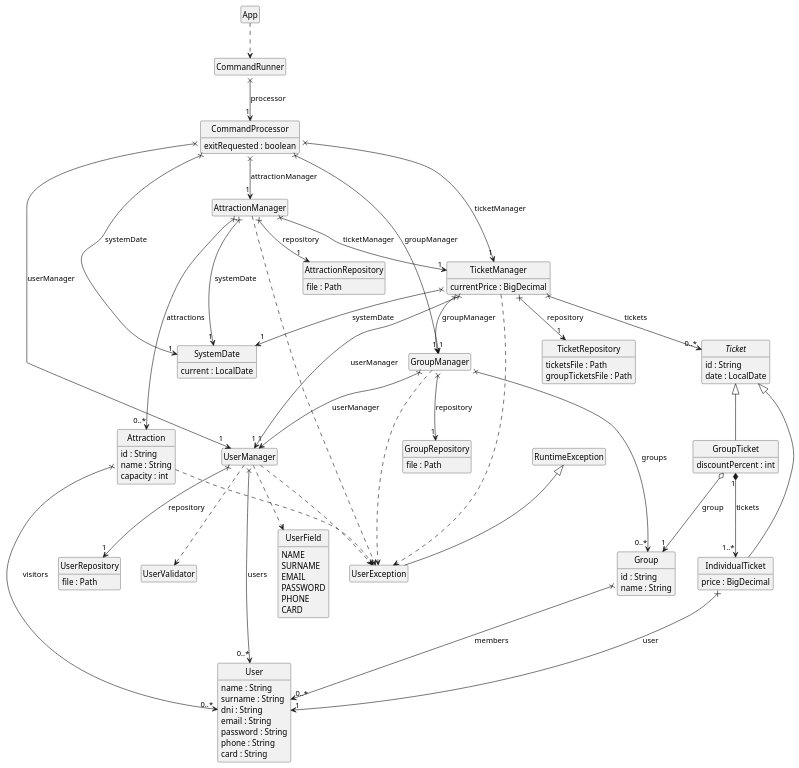
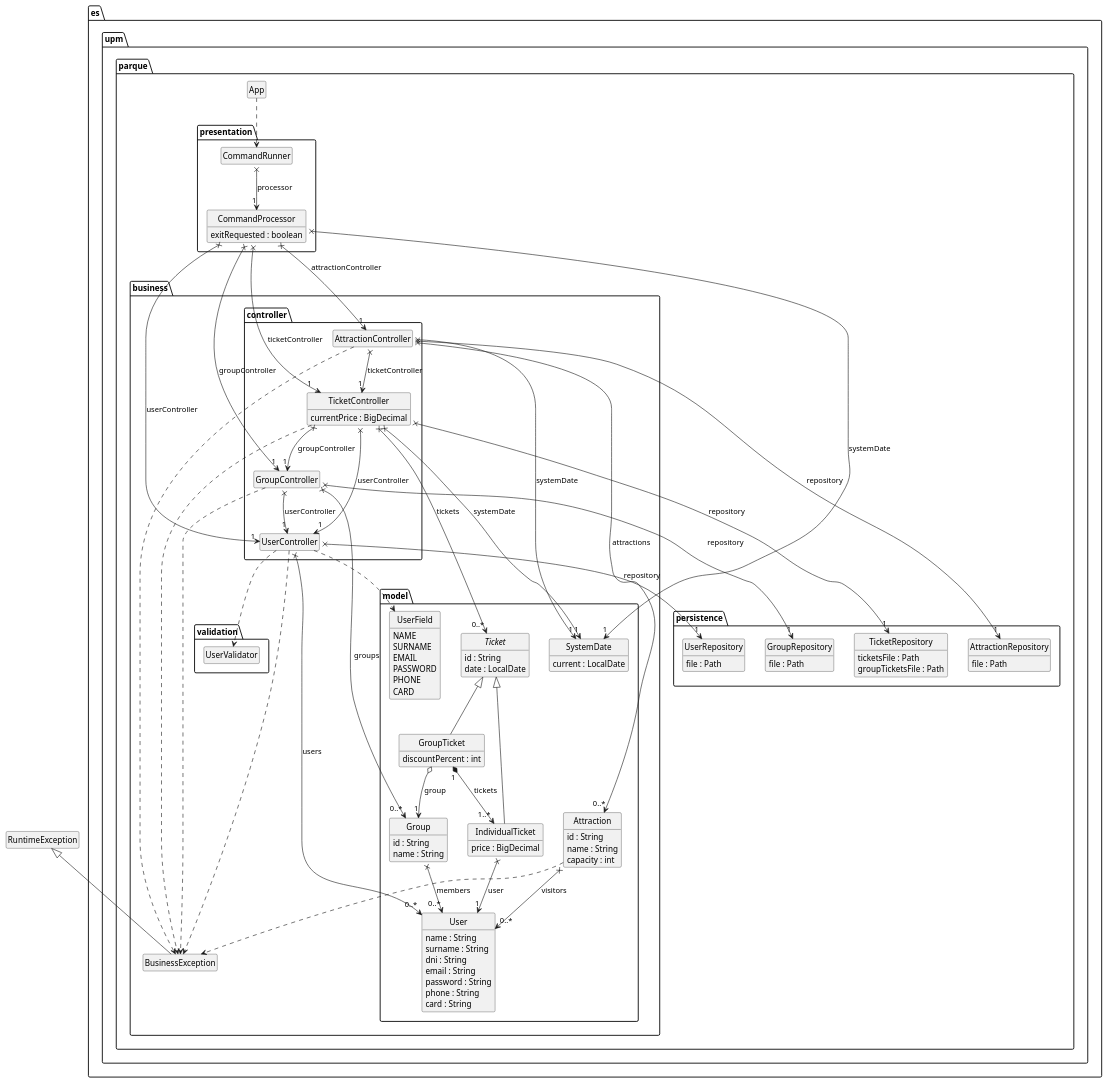
One commit to skai-upm/caise27 changed the diagram in uml/model.puml. Above: the diagram before and after it, drawn with PlantUML. The commit also changed 84 other files, not shown here.

```diff
--- a/uml/model.puml
+++ b/uml/model.puml
@@ -1,139 +1,139 @@
 @startuml model
-' Amusement park - class model of the current implementation (package es.upm.parque)
+' Amusement park - class model of the current implementation (layered packages)
 hide empty members
 hide circle
 skinparam classAttributeIconSize 0
 
-class App
-
-class CommandRunner
-
-class CommandProcessor {
-  exitRequested : boolean
+package es.upm.parque {
+  class App
 }
 
-class SystemDate {
-  current : LocalDate
+package es.upm.parque.presentation {
+  class CommandRunner
+  class CommandProcessor {
+    exitRequested : boolean
+  }
 }
 
-class UserManager
-
-class UserRepository {
-  file : Path
+package es.upm.parque.business {
+  class BusinessException
 }
 
-class UserValidator
-
-class UserException
-
-class User {
-  name : String
-  surname : String
-  dni : String
-  email : String
-  password : String
-  phone : String
-  card : String
+package es.upm.parque.business.controller {
+  class UserController
+  class GroupController
+  class TicketController {
+    currentPrice : BigDecimal
+  }
+  class AttractionController
 }
 
-enum UserField {
-  NAME
-  SURNAME
-  EMAIL
-  PASSWORD
-  PHONE
-  CARD
+package es.upm.parque.business.validation {
+  class UserValidator
 }
 
-class GroupManager
-
-class GroupRepository {
-  file : Path
+package es.upm.parque.business.model {
+  class SystemDate {
+    current : LocalDate
+  }
+  class User {
+    name : String
+    surname : String
+    dni : String
+    email : String
+    password : String
+    phone : String
+    card : String
+  }
+  enum UserField {
+    NAME
+    SURNAME
+    EMAIL
+    PASSWORD
+    PHONE
+    CARD
+  }
+  class Group {
+    id : String
+    name : String
+  }
+  abstract class Ticket {
+    id : String
+    date : LocalDate
+  }
+  class IndividualTicket {
+    price : BigDecimal
+  }
+  class GroupTicket {
+    discountPercent : int
+  }
+  class Attraction {
+    id : String
+    name : String
+    capacity : int
+  }
 }
 
-class Group {
-  id : String
-  name : String
-}
-
-class TicketManager {
-  currentPrice : BigDecimal
-}
-
-class TicketRepository {
-  ticketsFile : Path
-  groupTicketsFile : Path
-}
-
-abstract class Ticket {
-  id : String
-  date : LocalDate
-}
-
-class IndividualTicket {
-  price : BigDecimal
-}
-
-class GroupTicket {
-  discountPercent : int
-}
-
-class AttractionManager
-
-class AttractionRepository {
-  file : Path
-}
-
-class Attraction {
-  id : String
-  name : String
-  capacity : int
+package es.upm.parque.persistence {
+  class UserRepository {
+    file : Path
+  }
+  class GroupRepository {
+    file : Path
+  }
+  class TicketRepository {
+    ticketsFile : Path
+    groupTicketsFile : Path
+  }
+  class AttractionRepository {
+    file : Path
+  }
 }
 
 ' Inheritance
 Ticket <|-- IndividualTicket
 Ticket <|-- GroupTicket
-RuntimeException <|-- UserException
+RuntimeException <|-- BusinessException
 
 ' Associations (cross = holder of the attribute, arrow = navigable end)
 CommandRunner x--> "1" CommandProcessor : processor
-CommandProcessor x--> "1" UserManager : userManager
-CommandProcessor x--> "1" GroupManager : groupManager
-CommandProcessor x--> "1" TicketManager : ticketManager
-CommandProcessor x--> "1" AttractionManager : attractionManager
+CommandProcessor x--> "1" UserController : userController
+CommandProcessor x--> "1" GroupController : groupController
+CommandProcessor x--> "1" TicketController : ticketController
+CommandProcessor x--> "1" AttractionController : attractionController
 CommandProcessor x--> "1" SystemDate : systemDate
 
-UserManager x--> "1" UserRepository : repository
-UserManager x--> "0..*" User : users
+UserController x--> "1" UserRepository : repository
+UserController x--> "0..*" User : users
 
-GroupManager x--> "1" GroupRepository : repository
-GroupManager x--> "1" UserManager : userManager
-GroupManager x--> "0..*" Group : groups
+GroupController x--> "1" GroupRepository : repository
+GroupController x--> "1" UserController : userController
+GroupController x--> "0..*" Group : groups
 Group x--> "0..*" User : members
 
-TicketManager x--> "1" TicketRepository : repository
-TicketManager x--> "1" UserManager : userManager
-TicketManager x--> "1" GroupManager : groupManager
-TicketManager x--> "1" SystemDate : systemDate
-TicketManager x--> "0..*" Ticket : tickets
+TicketController x--> "1" TicketRepository : repository
+TicketController x--> "1" UserController : userController
+TicketController x--> "1" GroupController : groupController
+TicketController x--> "1" SystemDate : systemDate
+TicketController x--> "0..*" Ticket : tickets
 IndividualTicket x--> "1" User : user
 GroupTicket o--> "1" Group : group
 GroupTicket "1" *--> "1..*" IndividualTicket : tickets
 
-AttractionManager x--> "1" AttractionRepository : repository
-AttractionManager x--> "1" TicketManager : ticketManager
-AttractionManager x--> "1" SystemDate : systemDate
-AttractionManager x--> "0..*" Attraction : attractions
+AttractionController x--> "1" AttractionRepository : repository
+AttractionController x--> "1" TicketController : ticketController
+AttractionController x--> "1" SystemDate : systemDate
+AttractionController x--> "0..*" Attraction : attractions
 Attraction x--> "0..*" User : visitors
 
 ' Usage of classes without incoming relationships
 App ..> CommandRunner
-UserManager ..> UserValidator
-UserManager ..> UserField
-UserManager ..> UserException
-GroupManager ..> UserException
-TicketManager ..> UserException
-AttractionManager ..> UserException
-Attraction ..> UserException
+UserController ..> UserValidator
+UserController ..> UserField
+UserController ..> BusinessException
+GroupController ..> BusinessException
+TicketController ..> BusinessException
+AttractionController ..> BusinessException
+Attraction ..> BusinessException
 
 @enduml
```
